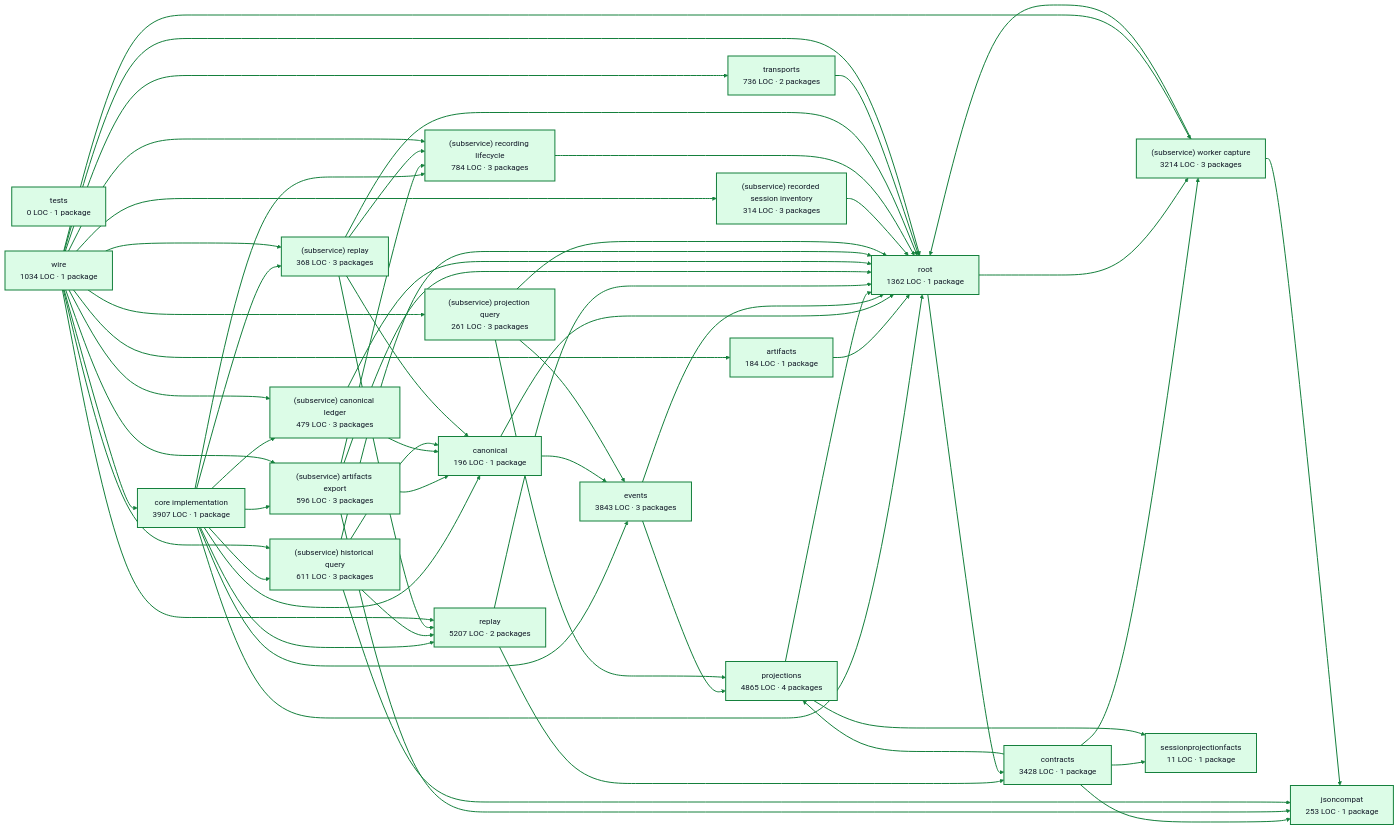
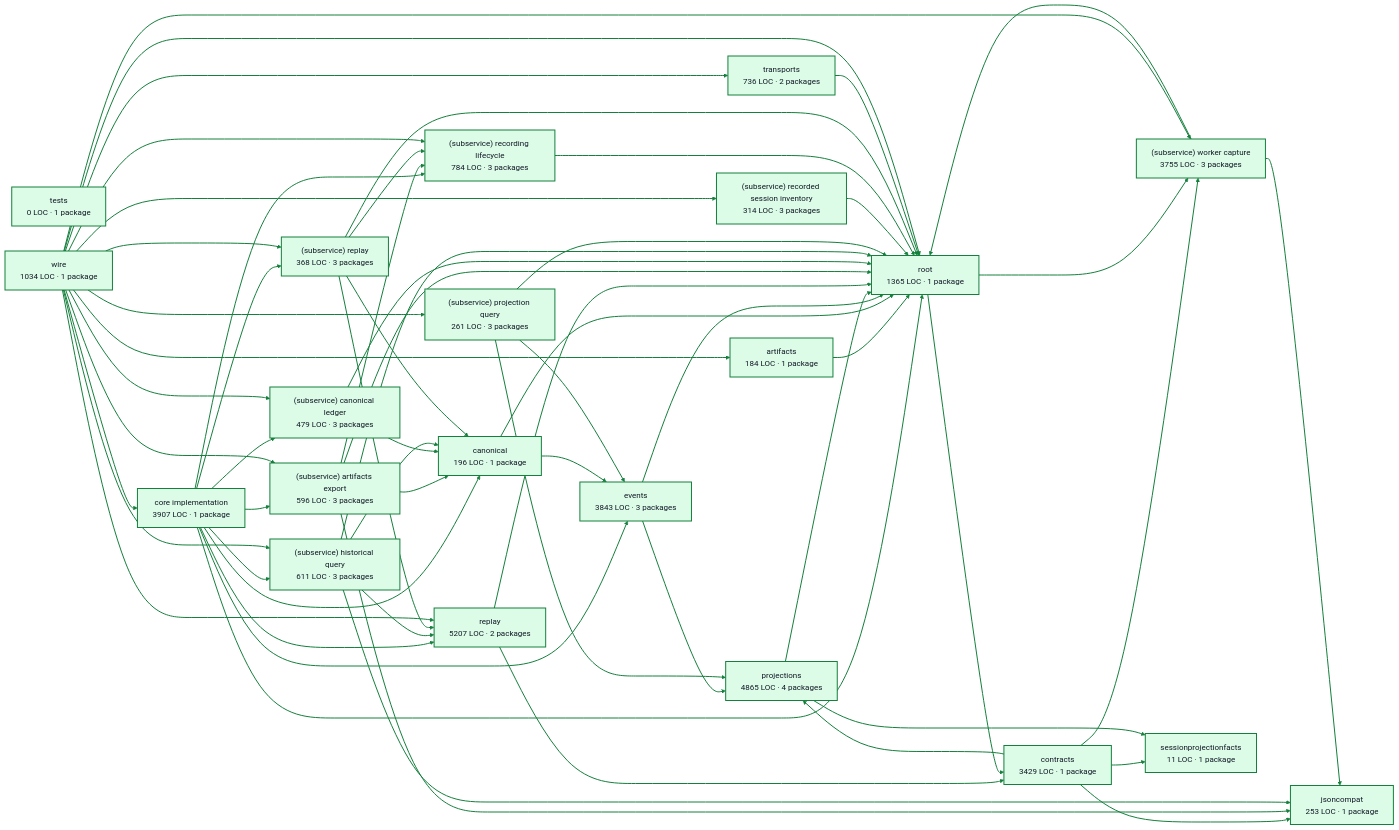
The diagram in docs/architecture/visualizations/services/recordings.md (portpowered/you-agent-factory), drawn with Mermaid before and after one commit. The commit also changed other lines of this file and 20 other files, not shown here.

Commit message:
docs: refresh backend architecture visualizations

```diff
--- a/docs/architecture/visualizations/services/recordings.md
+++ b/docs/architecture/visualizations/services/recordings.md
@@ -13,7 +13,7 @@
   p0["core implementation<br/>3907 LOC · 1 package"]
   p1["artifacts<br/>184 LOC · 1 package"]
   p2["canonical<br/>196 LOC · 1 package"]
-  p3["contracts<br/>3428 LOC · 1 package"]
+  p3["contracts<br/>3429 LOC · 1 package"]
   p4["events<br/>3843 LOC · 3 packages"]
   p5["jsoncompat<br/>253 LOC · 1 package"]
   p6["projections<br/>4865 LOC · 4 packages"]
@@ -25,10 +25,10 @@
   p12["(subservice) recorded session inventory<br/>314 LOC · 3 packages"]
   p13["(subservice) recording lifecycle<br/>784 LOC · 3 packages"]
   p14["(subservice) replay<br/>368 LOC · 3 packages"]
-  p15["(subservice) worker capture<br/>3214 LOC · 3 packages"]
+  p15["(subservice) worker capture<br/>3755 LOC · 3 packages"]
   p16["sessionprojectionfacts<br/>11 LOC · 1 package"]
   p17["tests<br/>0 LOC · 1 package"]
-  p18["root<br/>1362 LOC · 1 package"]
+  p18["root<br/>1365 LOC · 1 package"]
   p19["transports<br/>736 LOC · 2 packages"]
   p20["wire<br/>1034 LOC · 1 package"]
   p0 --> p2
```
